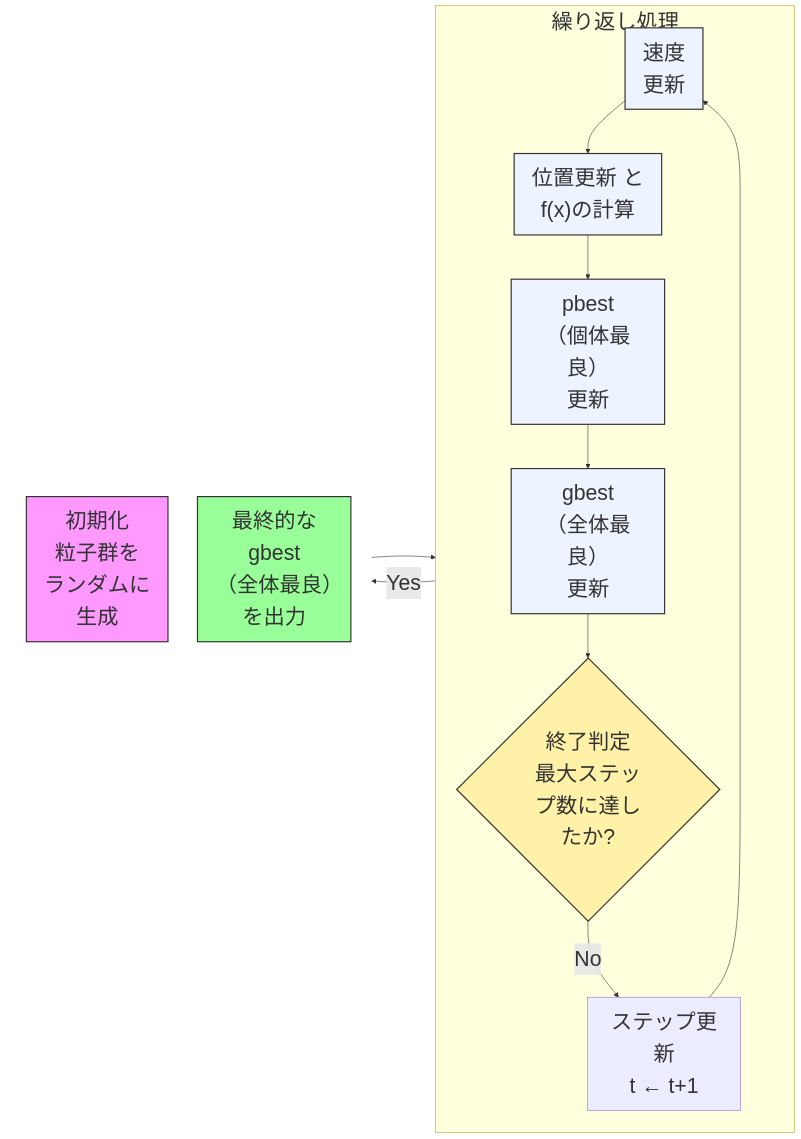
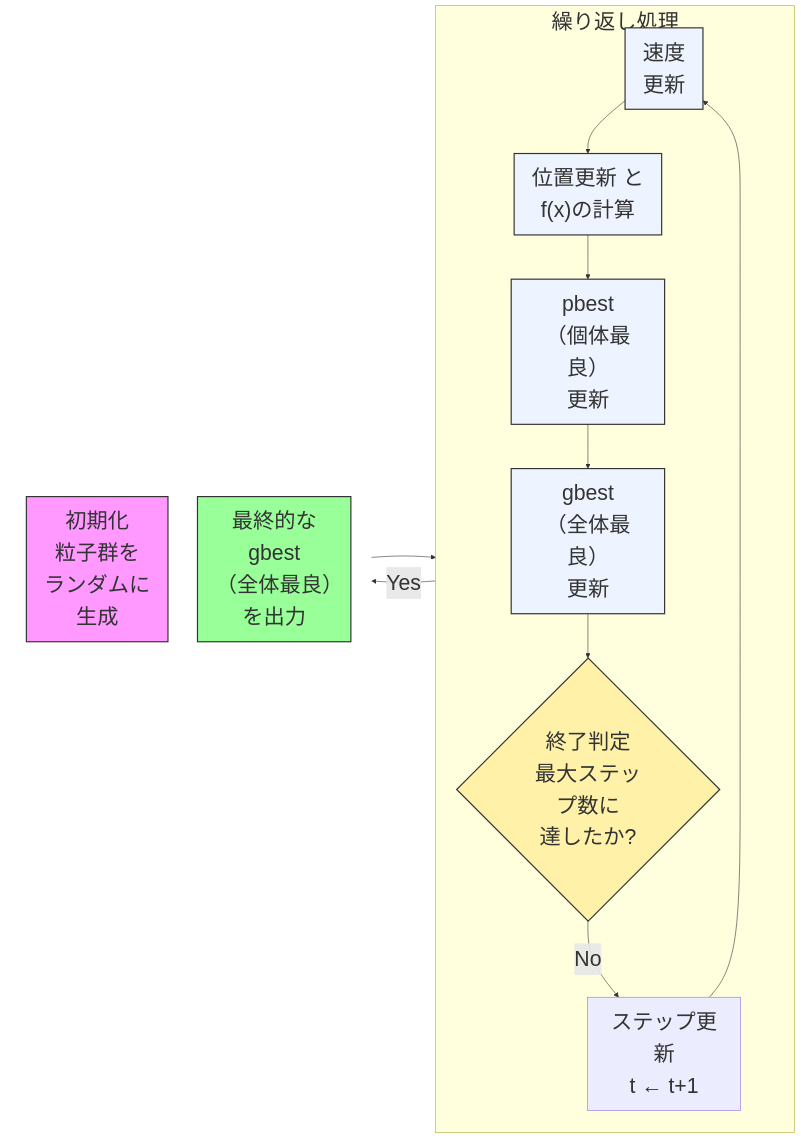
Before and after one commit to jkushida/ai-arch: the diagram in docs/pso_summary.md, drawn with Mermaid. The commit also changed other lines of this file and 1 other file, not shown here.

Commit message:
pso_summary.mdのフローチャート改行修正
- 終了判定の改行位置を調整

🤖 Generated with Claude Code

````diff
--- a/docs/pso_summary.md
+++ b/docs/pso_summary.md
@@ -93,37 +93,37 @@
 ```mermaid
 %%{init: {'theme':'default', 'themeVariables': { 'fontSize': '36px'}}}%%
 flowchart LR
   %% ループ本体（左カラム：縦方向）
   subgraph loop["繰り返し処理"]
     direction TB
     S["速度<br/>更新"] --> X["位置更新 と<br/>f(x)の計算"]
     X --> P["pbest<br/>（個体最良）<br/>更新"]
     P --> G["gbest<br/>（全体最良）<br/>更新"]
-    G --> E{"終了判定<br/>最大ステップ数に達したか?"}
+    G --> E{"終了判定<br/>最大ステップ数に<br/>達したか?"}
     E -- No --> T["ステップ更新<br/>t ← t+1"]
     T --> S
   end
 
   %% 右カラム：初期化と最終出力
   subgraph side[" "]
     direction TB
     INIT["初期化<br/>粒子群を<br/>ランダムに<br/>生成"]
     OUT["最終的な<br/>gbest<br/>（全体最良）を出力"]
   end
   style side fill:transparent,stroke:transparent
 
   %% ループの入出力（外部接続）
   INIT --> S
   E -- Yes --> OUT
 
   %% スタイル定義
   classDef thin stroke-width:2px,stroke:#333,fill:#eef4ff;
   classDef decision stroke-width:2px,stroke:#333,fill:#fff2a8;
   classDef out stroke-width:2px,stroke:#333,fill:#9f9;
   classDef init stroke-width:2px,stroke:#333,fill:#f9f;
 
   class S,X,P,G thin
   class E decision
   class OUT out
   class INIT init
 ```
````
